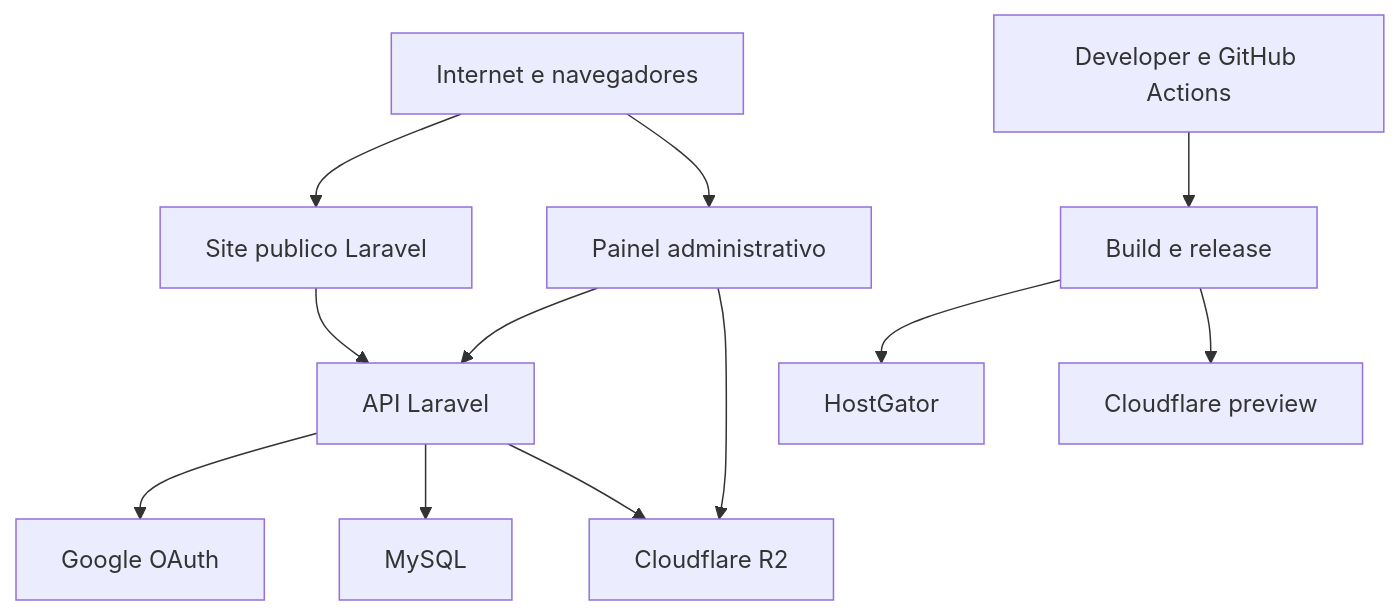
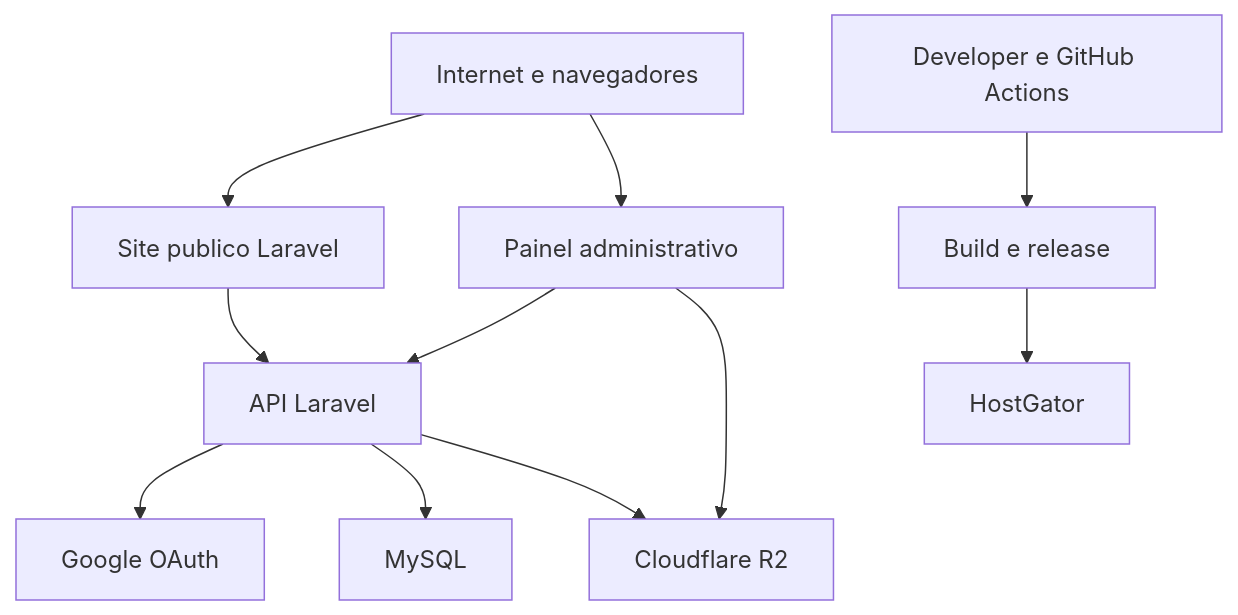
Before and after one commit to wandersongandra/mobiliaria-gisley-nunes: the diagram in gisley nunes-threat-model.md, drawn with Mermaid. The commit also changed other lines of this file and 78 other files, not shown here.

````diff
--- a/gisley nunes-threat-model.md
+++ b/gisley nunes-threat-model.md
@@ -48,14 +47,13 @@
 ```mermaid
 flowchart TD
     Internet["Internet e navegadores"] --> Public["Site publico Laravel"]
     Internet --> Admin["Painel administrativo"]
     Admin --> Laravel["API Laravel"]
     Public --> Laravel
     Laravel --> Google["Google OAuth"]
     Laravel --> MySQL["MySQL"]
     Laravel --> R2["Cloudflare R2"]
     Admin --> R2
     Developer["Developer e GitHub Actions"] --> Build["Build e release"]
     Build --> HostGator["HostGator"]
-    Build --> Preview["Cloudflare preview"]
 ```
````
